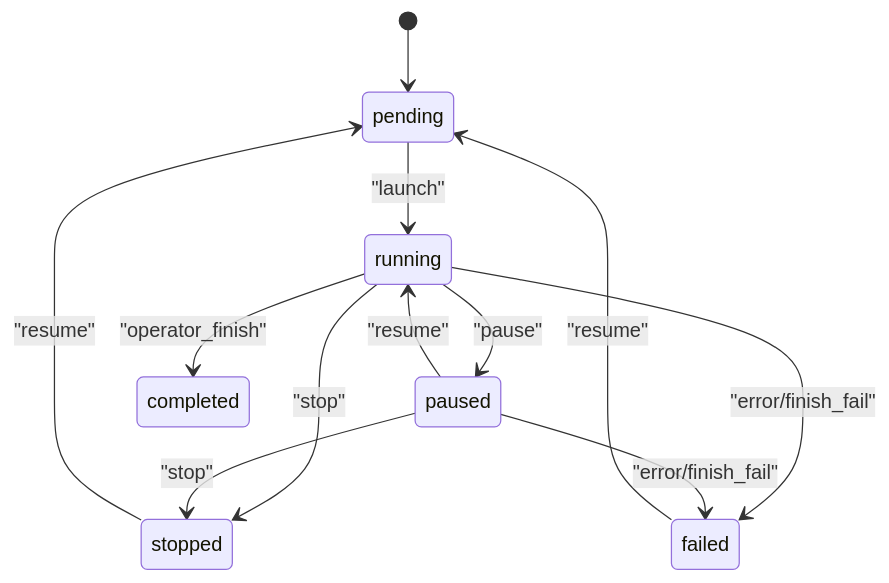
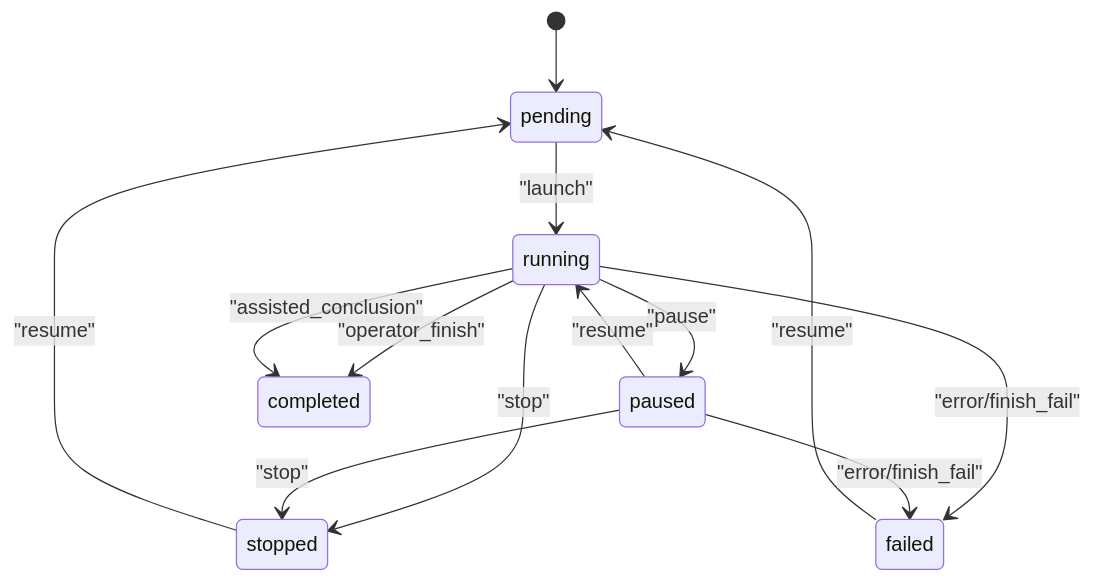
One commit to n1majne3/CyberPenda changed the third of 12 diagrams in .qoder/repowiki/zh/content/核心架构/控制平面 - Daemon服务/任务生命周期管理/任务生命周期管理.md. Above: the diagram before and after it, drawn with Mermaid. The commit also changed other lines of this file and 6 other files, not shown here.

````diff
--- a/.qoder/repowiki/zh/content/核心架构/控制平面 - Daemon服务/任务生命周期管理/任务生命周期管理.md
+++ b/.qoder/repowiki/zh/content/核心架构/控制平面 - Daemon服务/任务生命周期管理/任务生命周期管理.md
@@ -137,14 +168,15 @@
 ```mermaid
 stateDiagram-v2
 [*] --> pending
 pending --> running : "launch"
 running --> paused : "pause"
 paused --> running : "resume"
 running --> stopped : "stop"
 paused --> stopped : "stop"
 running --> failed : "error/finish_fail"
 paused --> failed : "error/finish_fail"
 running --> completed : "operator_finish"
+running --> completed : "assisted_conclusion"
 stopped --> pending : "resume"
 failed --> pending : "resume"
 ```
````
